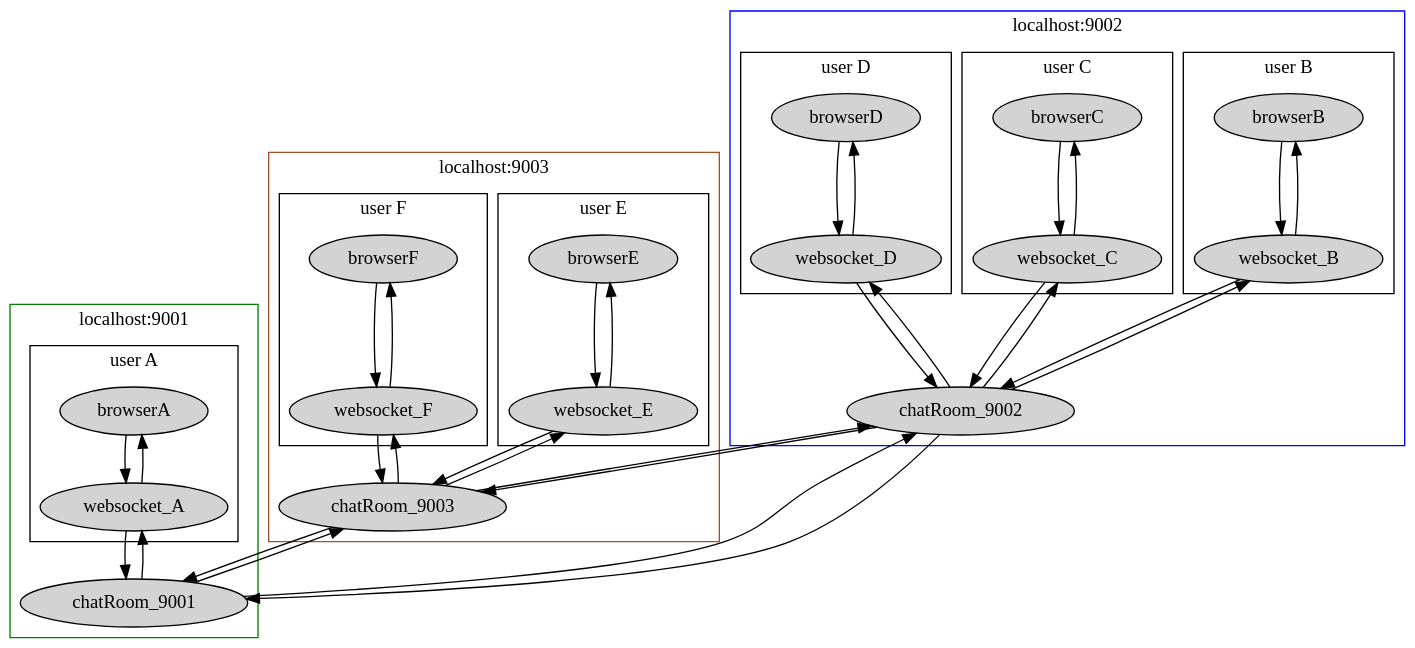
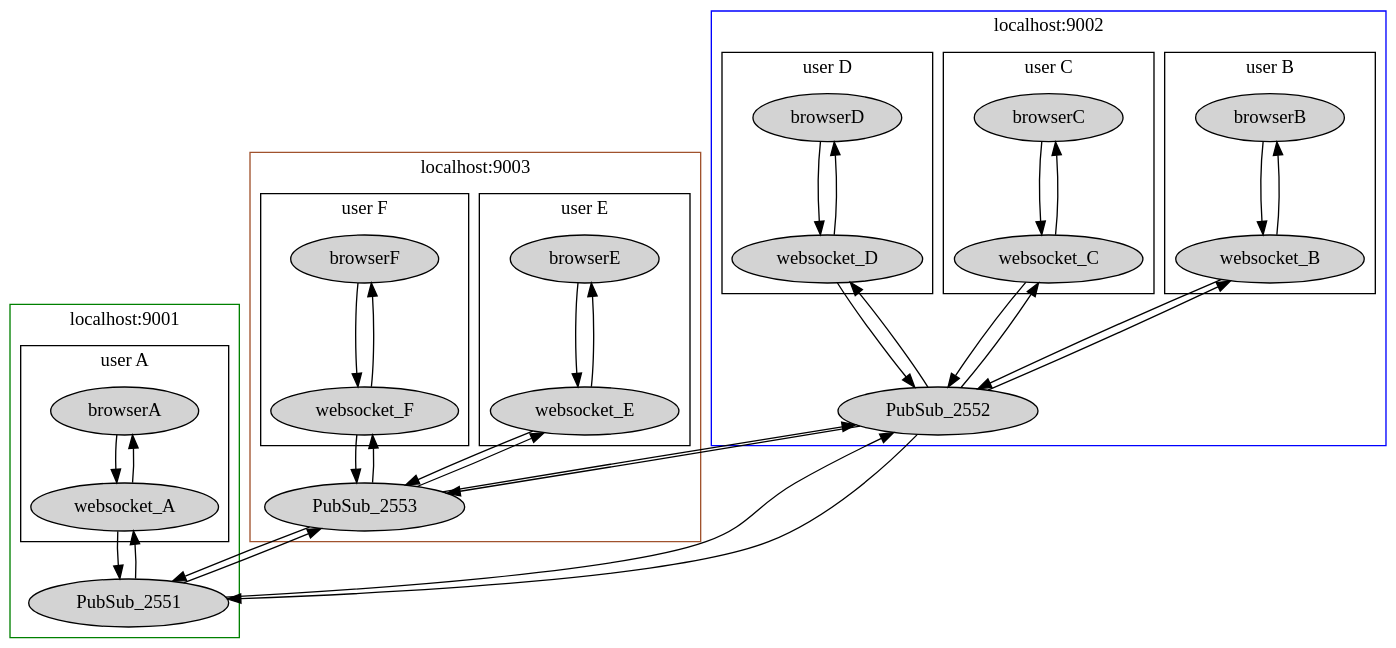
The diagram in tutorial/chat.gv (JAVEO/clustered-chat), drawn with Graphviz before and after one commit. The commit also changed 1 other file, not shown here.

Commit message:
Update graphs to PubSubExtension

```diff
--- a/tutorial/chat.gv
+++ b/tutorial/chat.gv
@@ -1,73 +1,73 @@
 digraph G {
 	bgcolor="transparent";
 
 	subgraph cluster_9001 {
 		node [style=filled]
 		subgraph cluster_A {
 			label = "user A"
 			browserA -> websocket_A
 			websocket_A -> browserA
 		}
 		label = "localhost:9001"
 		color=green
 
-		websocket_A -> chatRoom_9001
-		chatRoom_9001 -> websocket_A
+		websocket_A -> PubSub_2551
+		PubSub_2551 -> websocket_A
 	}
 
 	subgraph cluster_9002 {
 		node [style=filled]
 		subgraph cluster_B {
 			label = "user B"
 			browserB -> websocket_B
 			websocket_B -> browserB
 		}
 		subgraph cluster_C {
 			label = "user C"
 			browserC -> websocket_C
 			websocket_C -> browserC
 		}
 		subgraph cluster_D {
 			label = "user D"
 			browserD -> websocket_D
 			websocket_D -> browserD
 		}
 		label = "localhost:9002"
 		color=blue
 
-		websocket_B -> chatRoom_9002
-		chatRoom_9002 -> websocket_B
-		websocket_C -> chatRoom_9002
-		chatRoom_9002 -> websocket_C
-		websocket_D -> chatRoom_9002
-		chatRoom_9002 -> websocket_D
+		websocket_B -> PubSub_2552
+		PubSub_2552 -> websocket_B
+		websocket_C -> PubSub_2552
+		PubSub_2552 -> websocket_C
+		websocket_D -> PubSub_2552
+		PubSub_2552 -> websocket_D
 	}
 
 	subgraph cluster_9003 {
 		node [style=filled]
 		subgraph cluster_E {
 			label = "user E"
 			browserE -> websocket_E
 			websocket_E -> browserE
 		}
 		subgraph cluster_F {
 			label = "user F"
 			browserF -> websocket_F
 			websocket_F -> browserF
 		}
 		label = "localhost:9003"
 		color=sienna
 
-		websocket_E -> chatRoom_9003
-		chatRoom_9003 -> websocket_E
-		websocket_F -> chatRoom_9003
-		chatRoom_9003 -> websocket_F
+		websocket_E -> PubSub_2553
+		PubSub_2553 -> websocket_E
+		websocket_F -> PubSub_2553
+		PubSub_2553 -> websocket_F
 	}
 
-	chatRoom_9001 -> chatRoom_9002 [constraint=false]
-	chatRoom_9002 -> chatRoom_9001
-	chatRoom_9001 -> chatRoom_9003 [constraint=false]
-	chatRoom_9003 -> chatRoom_9001
-	chatRoom_9002 -> chatRoom_9003
-	chatRoom_9003 -> chatRoom_9002 [constraint=false]
+	PubSub_2551 -> PubSub_2552 [constraint=false]
+	PubSub_2552 -> PubSub_2551
+	PubSub_2551 -> PubSub_2553 [constraint=false]
+	PubSub_2553 -> PubSub_2551
+	PubSub_2552 -> PubSub_2553
+	PubSub_2553 -> PubSub_2552 [constraint=false]
 }
```
